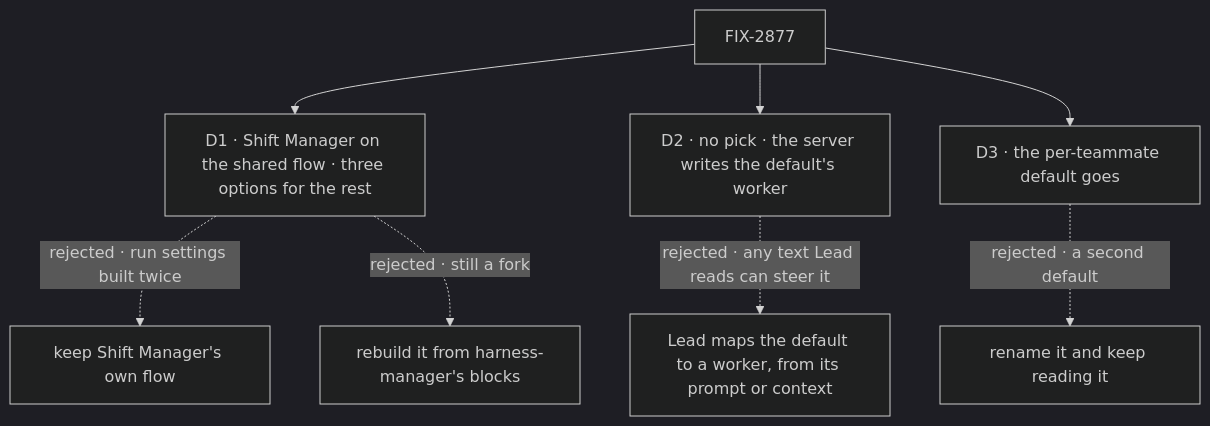
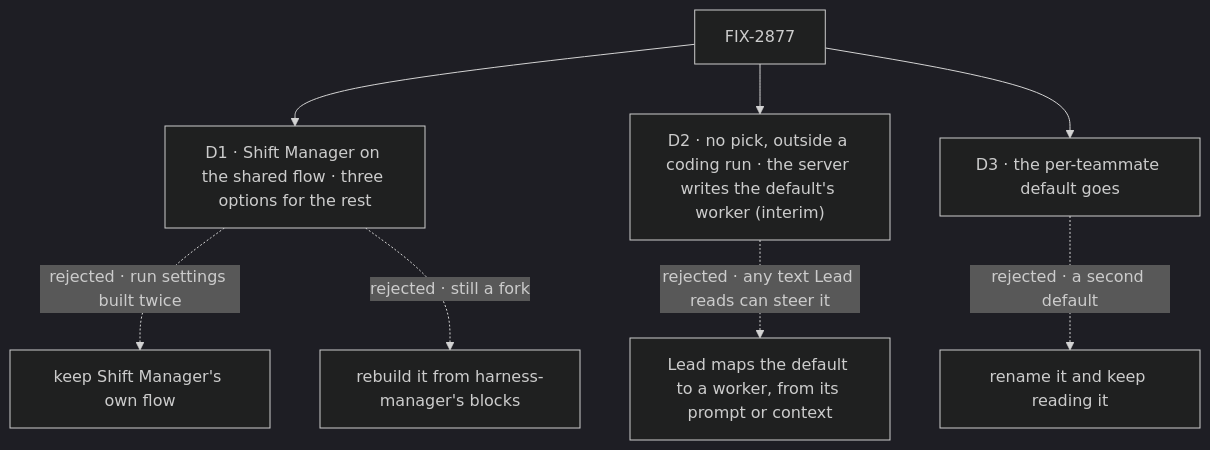
The diagram in specs/issues/FIX-2877/DECISIONS.md (fixpoint-labs/flow-state-dev), drawn with Mermaid (dark theme) before and after one commit. The commit also changed other lines of this file and 2 other files, not shown here.

First line of the commit message:
spec(FIX-2877): fold cross-spec review — D2 scoped to no-pick filings outside a coding run, interim until FIX-2878, merges first

````diff
--- a/specs/issues/FIX-2877/DECISIONS.md
+++ b/specs/issues/FIX-2877/DECISIONS.md
@@ -11,10 +11,10 @@
 ```mermaid
 flowchart TD
   I["FIX-2877"] --> D1["D1 · Shift Manager on the shared flow · three options for the rest"]
   D1 -.->|"rejected · run settings built twice"| X1["keep Shift Manager's own flow"]
   D1 -.->|"rejected · still a fork"| X1b["rebuild it from harness-manager's blocks"]
-  I --> D2["D2 · no pick · the server writes the default's worker"]
+  I --> D2["D2 · no pick, outside a coding run · the server writes the default's worker (interim)"]
   D2 -.->|"rejected · any text Lead reads can steer it"| X2["Lead maps the default to a worker, from its prompt or context"]
   I --> D3["D3 · the per-teammate default goes"]
   D3 -.->|"rejected · a second default"| X3["rename it and keep reading it"]
 ```
````
